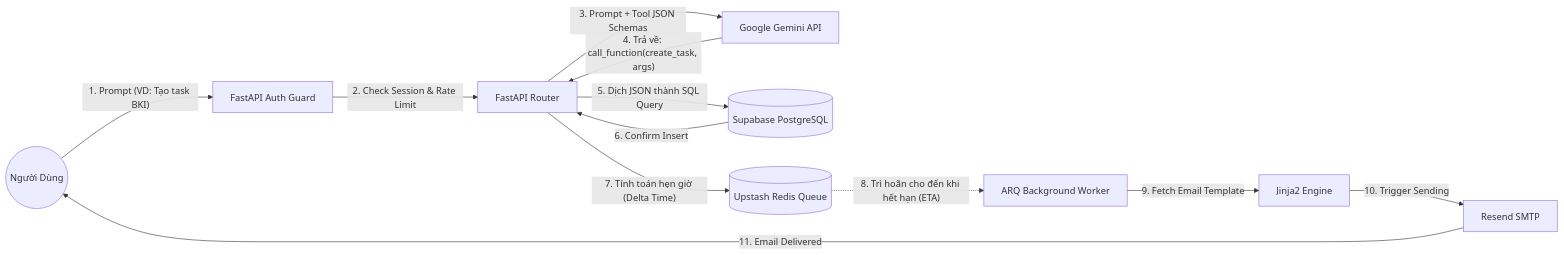
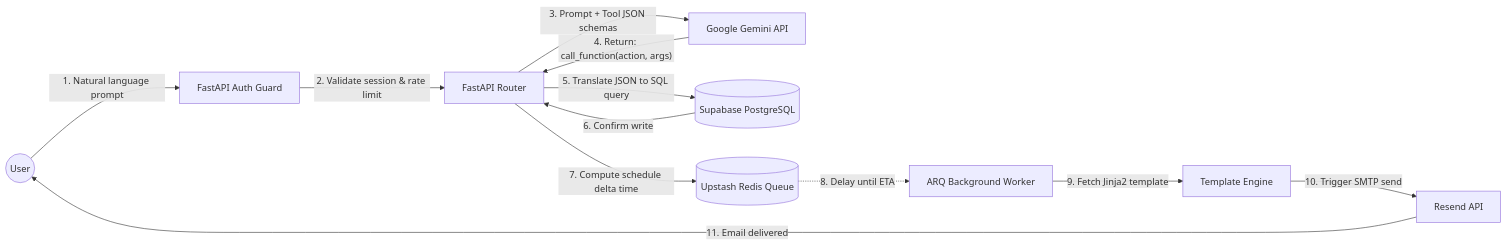
Before and after one commit to BennedictQuanTon/YourAI: the third of 7 diagrams in README.md, drawn with Mermaid. The commit also changed other lines of this file and 1 other file, not shown here.

````diff
--- a/README.md
+++ b/README.md
@@ -165,14 +199,14 @@
 ```mermaid
 graph LR
-    User((Người Dùng)) -- "1. Prompt (VD: Tạo task BKI)" --> Auth[FastAPI Auth Guard]
-    Auth -- "2. Check Session & Rate Limit" --> Gateway[FastAPI Router]
-    Gateway -- "3. Prompt + Tool JSON Schemas" --> Gemini[Google Gemini API]
-    Gemini -- "4. Trả về: call_function(create_task, args)" --> Gateway
-    Gateway -- "5. Dịch JSON thành SQL Query" --> DB[(Supabase PostgreSQL)]
-    DB -- "6. Confirm Insert" --> Gateway
-    Gateway -- "7. Tính toán hẹn giờ (Delta Time)" --> Redis[(Upstash Redis Queue)]
-    Redis -. "8. Trì hoãn cho đến khi hết hạn (ETA)" .-> Worker[ARQ Background Worker]
-    Worker -- "9. Fetch Email Template" --> Template[Jinja2 Engine]
-    Template -- "10. Trigger Sending" --> Resend[Resend SMTP]
-    Resend -- "11. Email Delivered" --> User
+    User((User)) -- "1. Natural language prompt" --> Auth[FastAPI Auth Guard]
+    Auth -- "2. Validate session & rate limit" --> Gateway[FastAPI Router]
+    Gateway -- "3. Prompt + Tool JSON schemas" --> Gemini[Google Gemini API]
+    Gemini -- "4. Return: call_function(action, args)" --> Gateway
+    Gateway -- "5. Translate JSON to SQL query" --> DB[(Supabase PostgreSQL)]
+    DB -- "6. Confirm write" --> Gateway
+    Gateway -- "7. Compute schedule delta time" --> Redis[(Upstash Redis Queue)]
+    Redis -. "8. Delay until ETA" .-> Worker[ARQ Background Worker]
+    Worker -- "9. Fetch Jinja2 template" --> Template[Template Engine]
+    Template -- "10. Trigger SMTP send" --> Resend[Resend API]
+    Resend -- "11. Email delivered" --> User
 ```
````
